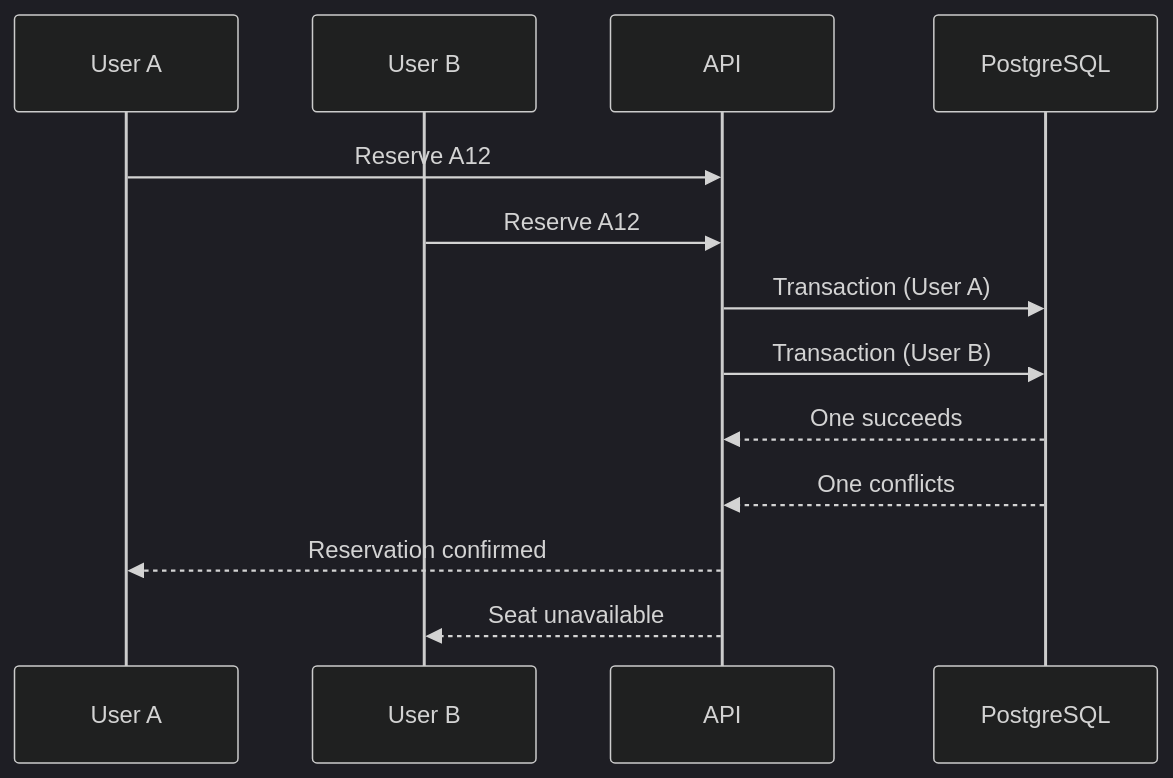
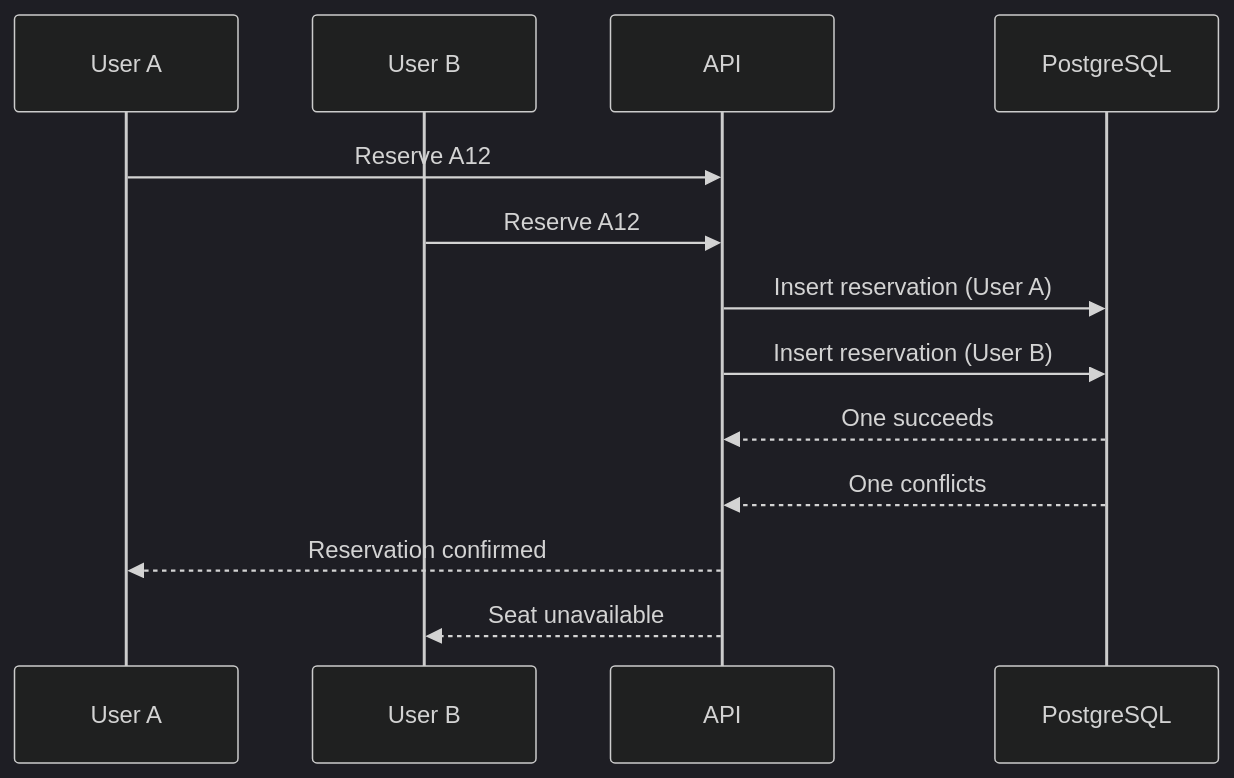
The second of 2 diagrams in README.md (fatkoou/oneseat), drawn with Mermaid (dark theme) before and after one commit. The commit also changed other lines of this file, not shown here.

````diff
--- a/README.md
+++ b/README.md
@@ -72,15 +78,15 @@
 ```mermaid
 sequenceDiagram
     participant A as User A
     participant B as User B
     participant API as API
     participant DB as PostgreSQL
     A->>API: Reserve A12
     B->>API: Reserve A12
-    API->>DB: Transaction (User A)
-    API->>DB: Transaction (User B)
+    API->>DB: Insert reservation (User A)
+    API->>DB: Insert reservation (User B)
     DB-->>API: One succeeds
     DB-->>API: One conflicts
     API-->>A: Reservation confirmed
     API-->>B: Seat unavailable
 ```
````
